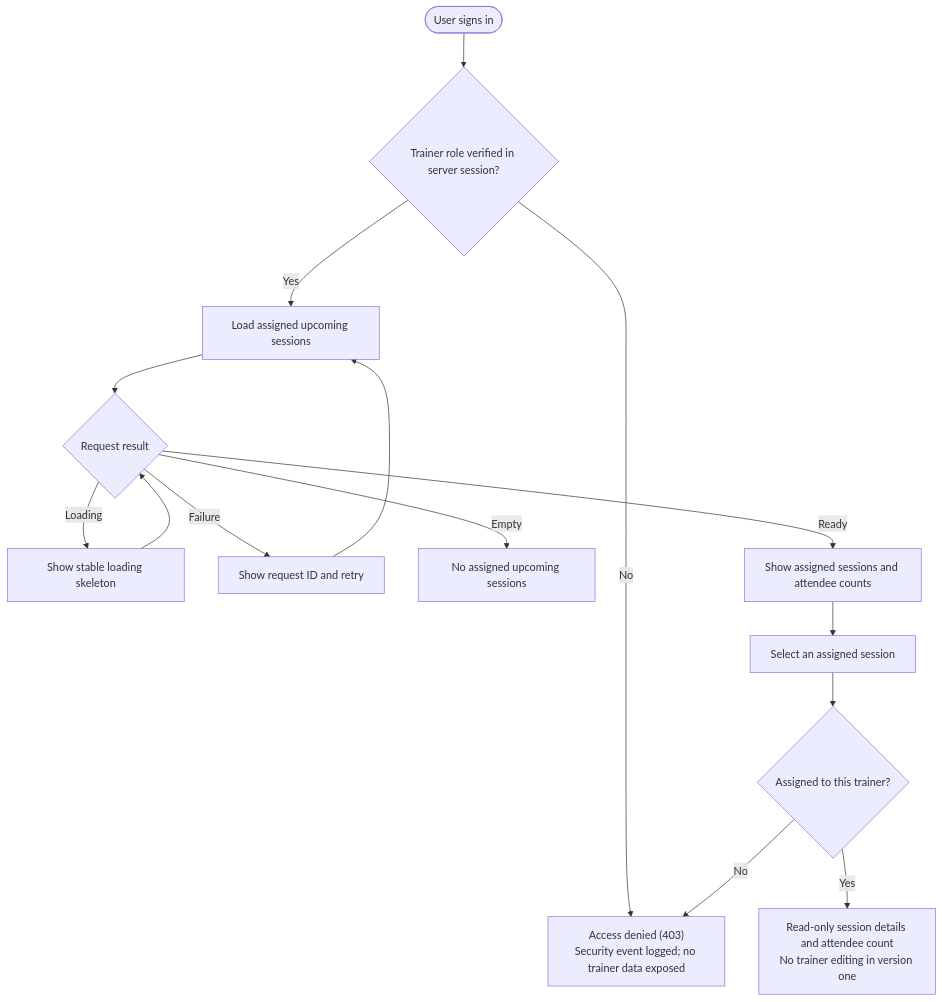
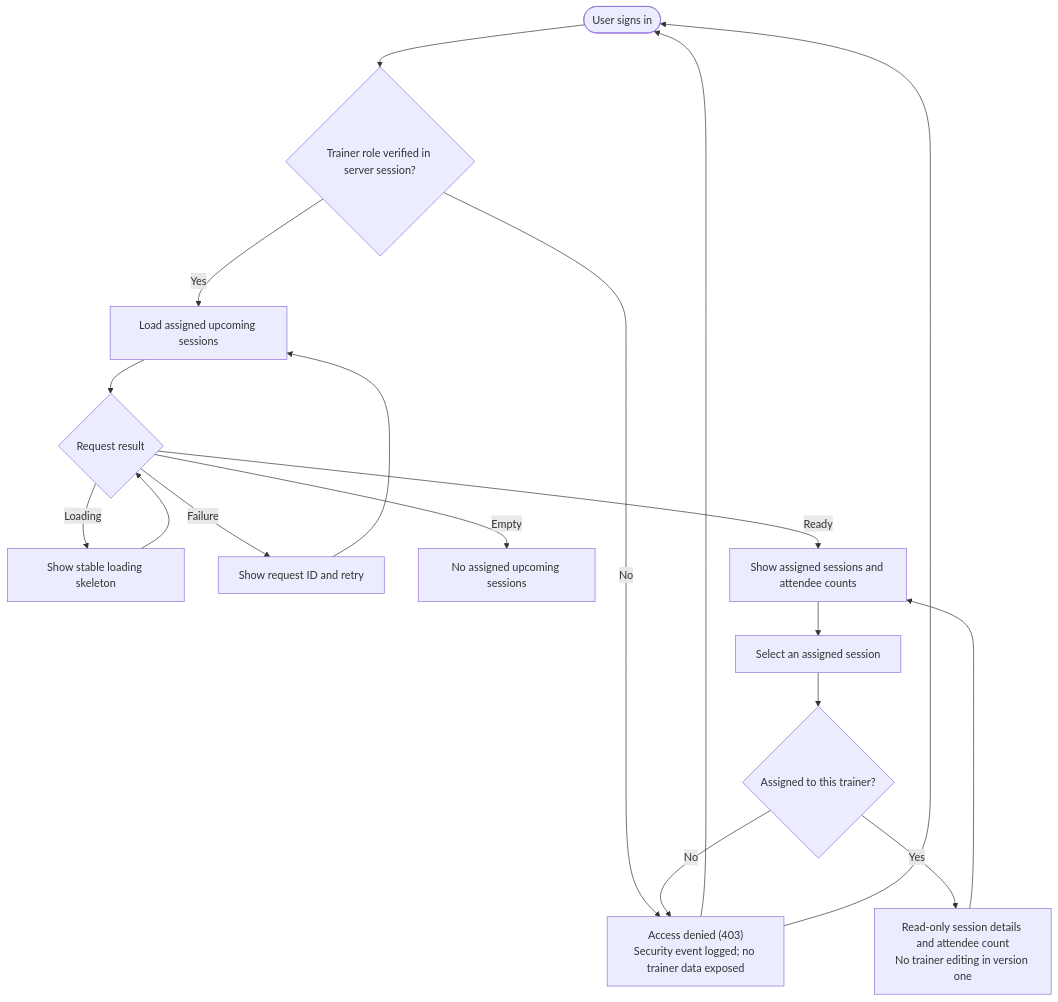
One commit to AqueosHeart/fitops changed the third of 5 diagrams in second-brain/wiki/design/FitOps User Flows.md. Above: the diagram before and after it, drawn with Mermaid. The commit also changed other lines of this file and 35 other files, not shown here.

Commit message:
better diagraming and wireframe

````diff
--- a/second-brain/wiki/design/FitOps User Flows.md
+++ b/second-brain/wiki/design/FitOps User Flows.md
@@ -195,14 +222,14 @@
 ```mermaid
 flowchart TD
     Start([User signs in]) --> Role{Trainer role verified in server session?}
-    Role -- No --> Forbidden["Access denied (403)<br/>Security event logged; no trainer data exposed"]
+    Role -- No --> Forbidden["Access denied (403)<br/>Security event logged; no trainer data exposed"] --> Start
     Role -- Yes --> Load[Load assigned upcoming sessions]
     Load --> Result{Request result}
     Result -- Loading --> Loading[Show stable loading skeleton] --> Result
     Result -- Failure --> Retry["Show request ID and retry"] --> Load
     Result -- Empty --> Empty["No assigned upcoming sessions"]
     Result -- Ready --> List[Show assigned sessions and attendee counts] --> Select[Select an assigned session]
     Select --> Authorized{Assigned to this trainer?}
-    Authorized -- No --> Forbidden
-    Authorized -- Yes --> Detail["Read-only session details and attendee count<br/>No trainer editing in version one"]
+    Authorized -- No --> Forbidden --> Start
+    Authorized -- Yes --> Detail["Read-only session details and attendee count<br/>No trainer editing in version one"] --> List
 ```
````
